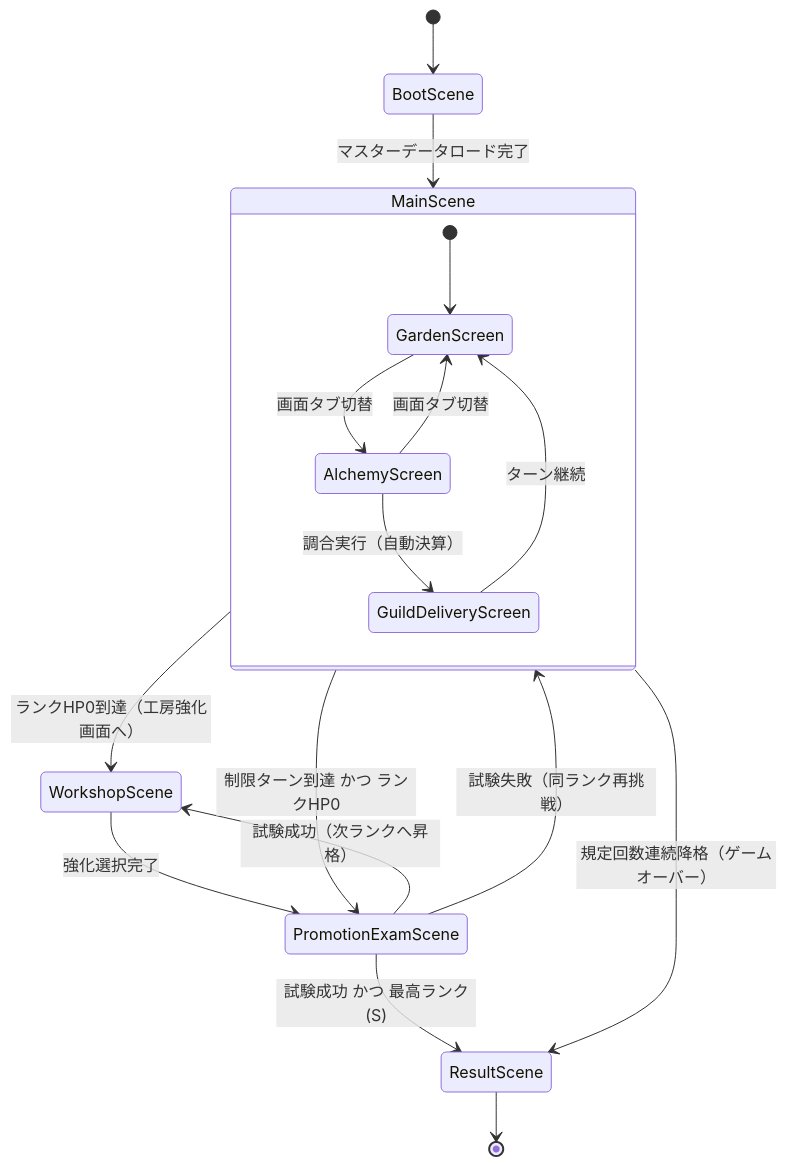
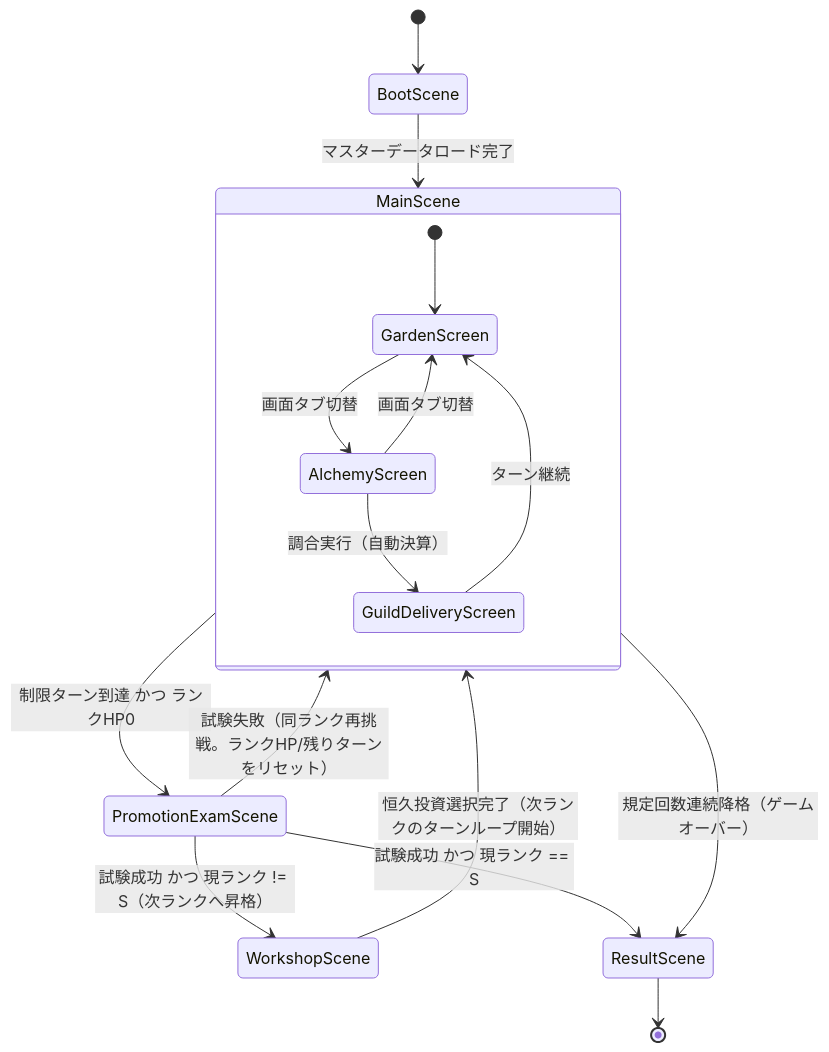
The second of 2 diagrams in docs/design/atelier-alchemy-core/architecture.md (yaguma/alchemy-atelier), drawn with Mermaid before and after one commit. The commit also changed other lines of this file and 12 other files, not shown here.

````diff
--- a/docs/design/atelier-alchemy-core/architecture.md
+++ b/docs/design/atelier-alchemy-core/architecture.md
@@ -146,26 +159,24 @@
 ```mermaid
 stateDiagram-v2
     [*] --> BootScene
     BootScene --> MainScene: マスターデータロード完了
 
     state MainScene {
         [*] --> GardenScreen
         GardenScreen --> AlchemyScreen: 画面タブ切替
         AlchemyScreen --> GardenScreen: 画面タブ切替
         AlchemyScreen --> GuildDeliveryScreen: 調合実行（自動決算）
         GuildDeliveryScreen --> GardenScreen: ターン継続
     }
 
-    MainScene --> WorkshopScene: ランクHP0到達（工房強化画面へ）
-    WorkshopScene --> PromotionExamScene: 強化選択完了
-
     MainScene --> PromotionExamScene: 制限ターン到達 かつ ランクHP0
 
-    PromotionExamScene --> WorkshopScene: 試験成功（次ランクへ昇格）
-    PromotionExamScene --> MainScene: 試験失敗（同ランク再挑戦）
+    PromotionExamScene --> WorkshopScene: 試験成功 かつ 現ランク != S（次ランクへ昇格）
+    PromotionExamScene --> MainScene: 試験失敗（同ランク再挑戦。ランクHP/残りターンをリセット）
 
-    PromotionExamScene --> ResultScene: 試験成功 かつ 最高ランク(S)
+    PromotionExamScene --> ResultScene: 試験成功 かつ 現ランク == S
+    WorkshopScene --> MainScene: 恒久投資選択完了（次ランクのターンループ開始）
     MainScene --> ResultScene: 規定回数連続降格（ゲームオーバー）
 
     ResultScene --> [*]
 ```
````
